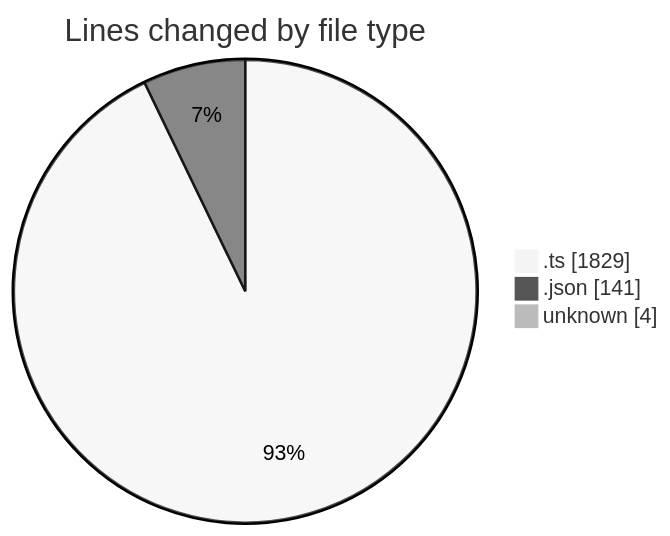
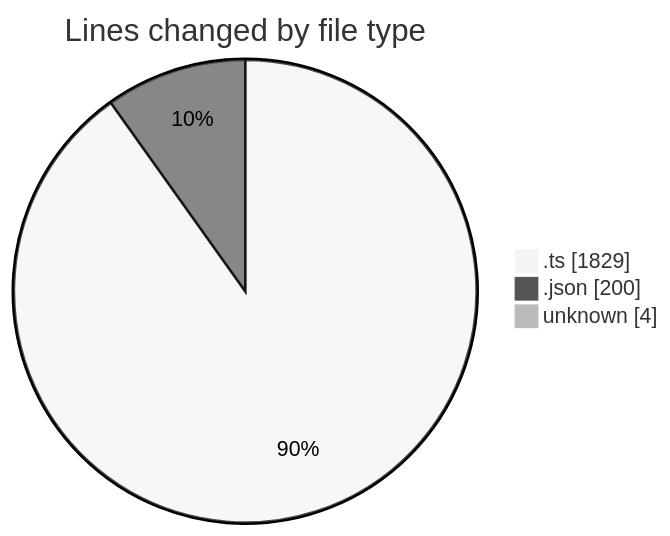
Before and after one commit to tmsrecording-cyber/code-tracking: the first of 2 diagrams in 2026-02-03/singularitybrainai/README.md, drawn with Mermaid (neutral theme). The commit also changed other lines of this file and 1 other file, not shown here.

````diff
--- a/2026-02-03/singularitybrainai/README.md
+++ b/2026-02-03/singularitybrainai/README.md
@@ -24,7 +24,7 @@
 ```mermaid
 pie showData
 title Lines changed by file type
 ".ts" : 1829
-".json" : 141
+".json" : 200
 "unknown" : 4
 ```
````
